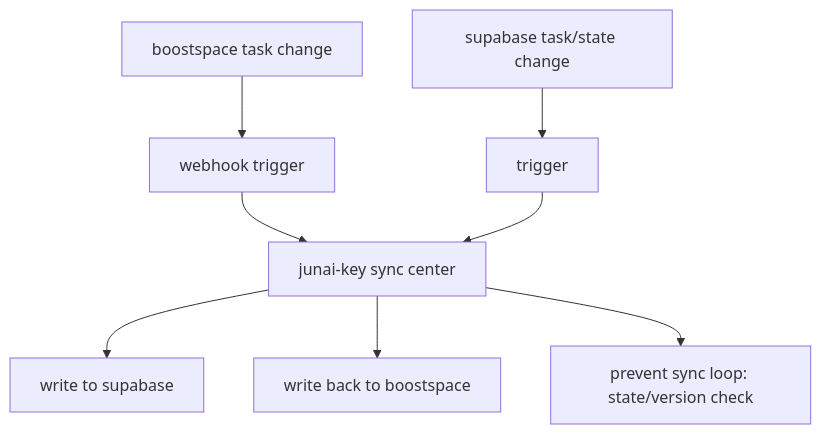
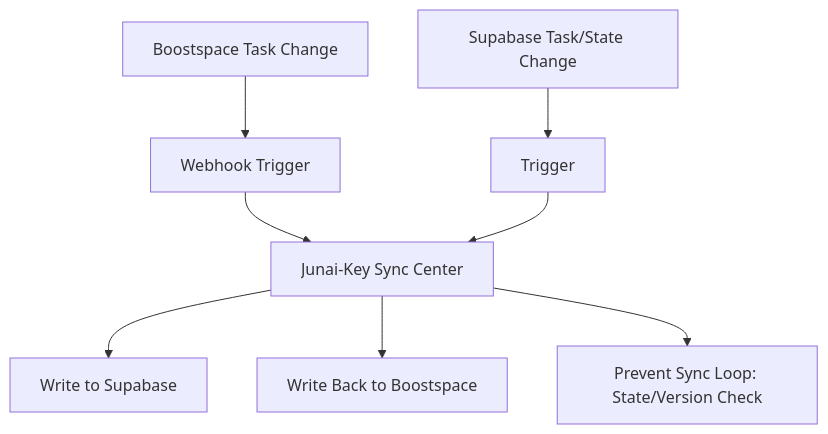
Diagram 15 of 16 in README.md (DingJun1028/Jun.Ai.Key), drawn with Mermaid before and after one commit. The commit also changed other lines of this file, not shown here.

````diff
--- a/README.md
+++ b/README.md
@@ -667,10 +793,10 @@
 ```mermaid
 graph TD
-    A[boostspace task change] --> B[webhook trigger]
-    B --> C[junai-key sync center]
-    C --> D[write to supabase]
-    E[supabase task/state change] --> F[trigger]
+    A[Boostspace Task Change] --> B[Webhook Trigger]
+    B --> C[Junai-Key Sync Center]
+    C --> D[Write to Supabase]
+    E[Supabase Task/State Change] --> F[Trigger]
     F --> C
-    C --> G[write back to boostspace]
-    C --> H[prevent sync loop: state/version check]
+    C --> G[Write Back to Boostspace]
+    C --> H[Prevent Sync Loop: State/Version Check]
 ```
````
